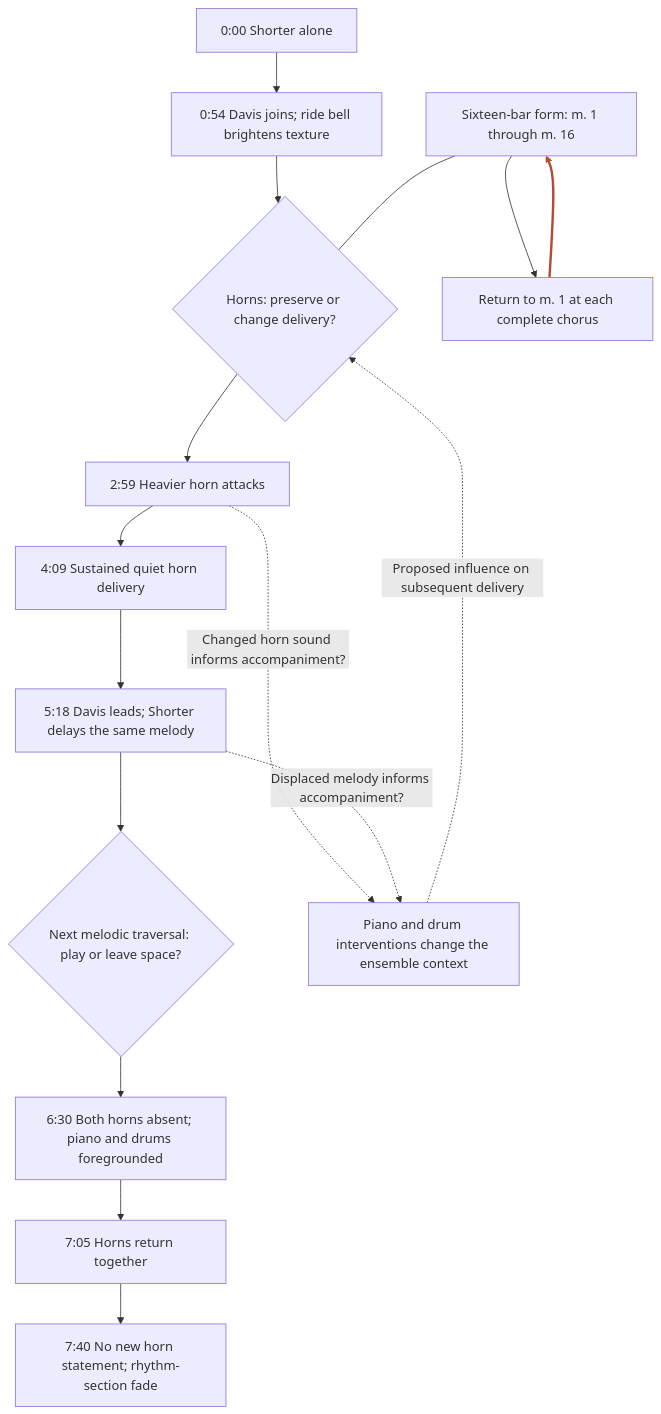
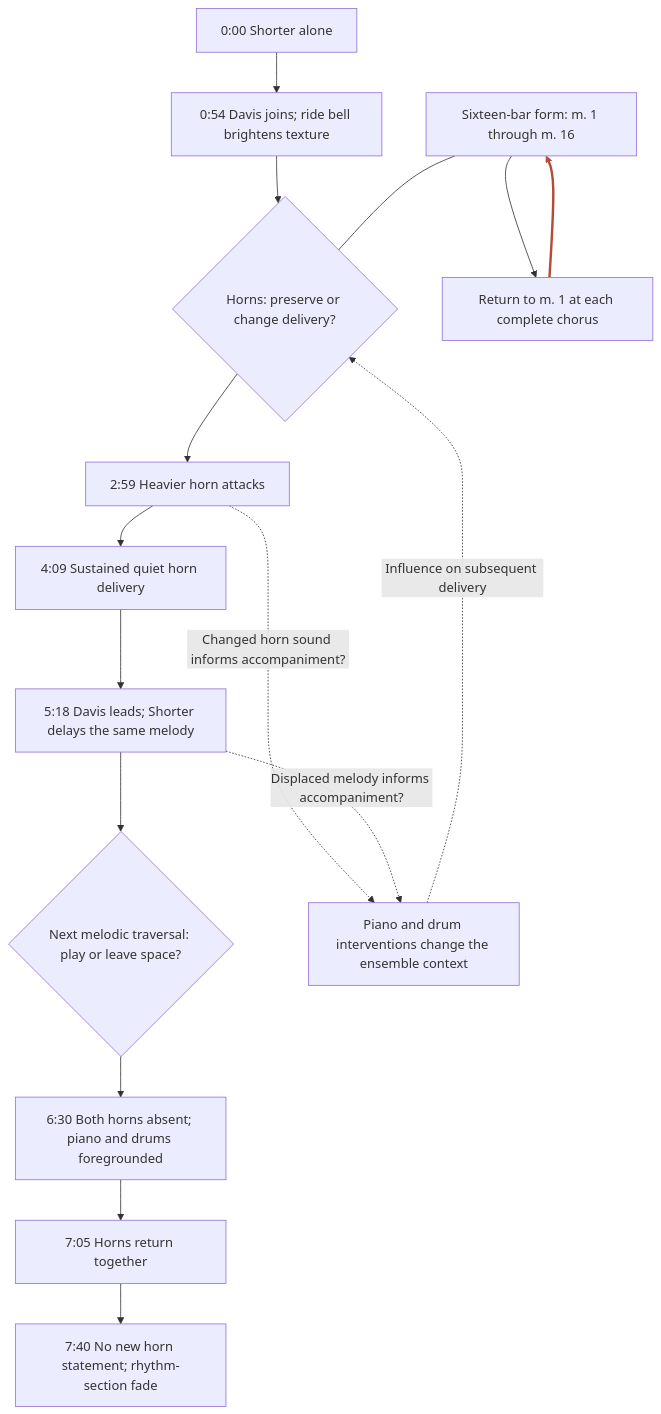
One commit to einbahnstrasse/nefertiti-analysis changed the diagram in mermaid/01-overview.md. Above: the diagram before and after it, drawn with Mermaid. The commit also changed 21 other files, not shown here.

````diff
--- a/mermaid/01-overview.md
+++ b/mermaid/01-overview.md
@@ -9,19 +9,19 @@
 ```mermaid
 flowchart TD
  A["0:00 Shorter alone"] --> B["0:54 Davis joins; ride bell brightens texture"]
  B --> C{"Horns: preserve or change delivery?"}
  C --> D["2:59 Heavier horn attacks"]
  D --> D2["4:09 Sustained quiet horn delivery"]
  D2 --> E["5:18 Davis leads; Shorter delays the same melody"]
  E --> F{"Next melodic traversal: play or leave space?"}
  F --> G["6:30 Both horns absent; piano and drums foregrounded"]
  G --> H["7:05 Horns return together"]
  H --> I["7:40 No new horn statement; rhythm-section fade"]
  R["Sixteen-bar form: m. 1 through m. 16"] --> S["Return to m. 1 at each complete chorus"]
  S --> R
  R --- C
- P["Piano and drum interventions change the ensemble context"] -. "Proposed influence on subsequent delivery" .-> C
+ P["Piano and drum interventions change the ensemble context"] -. "Influence on subsequent delivery" .-> C
  D -. "Changed horn sound informs accompaniment?" .-> P
  E -. "Displaced melody informs accompaniment?" .-> P
  linkStyle 10 stroke:#b34c38,stroke-width:3px
 ```
````
